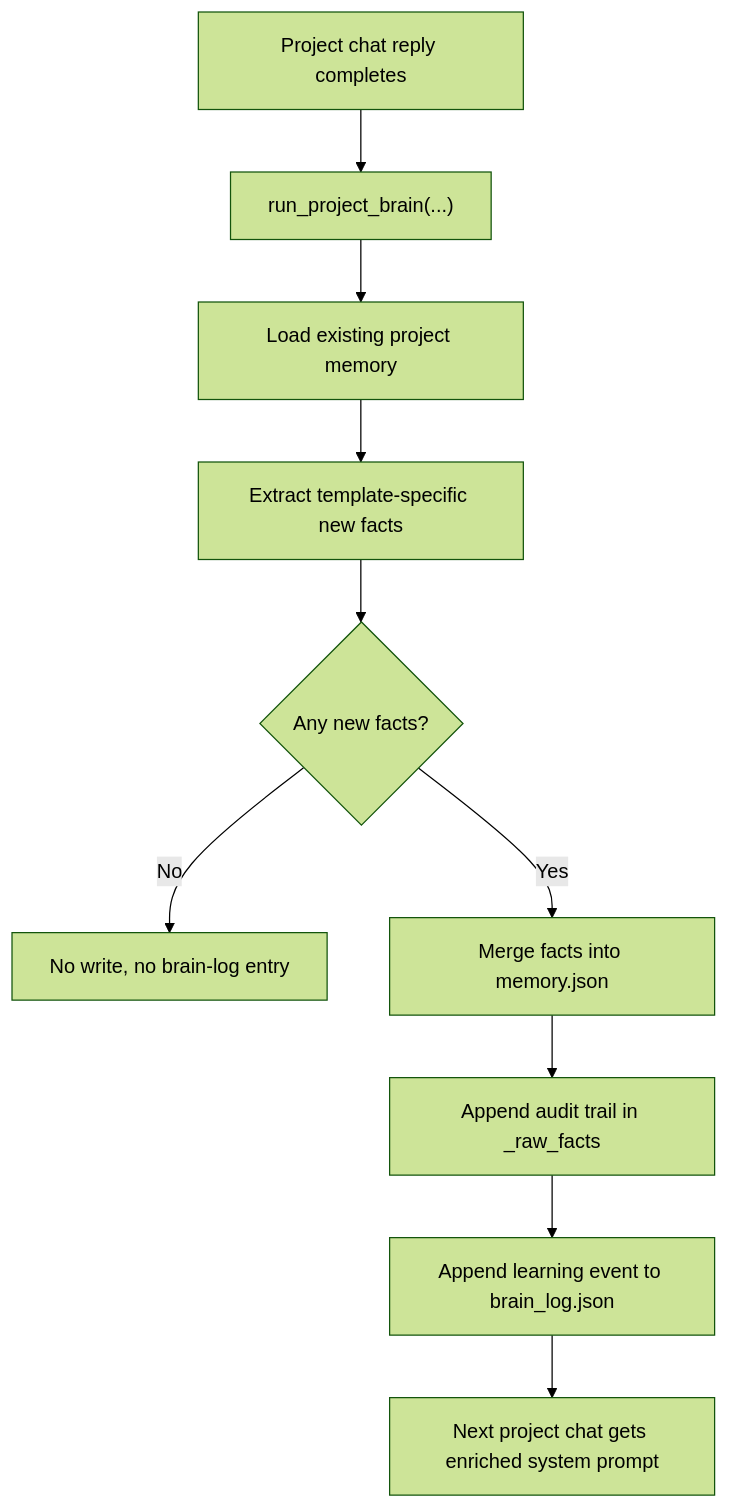
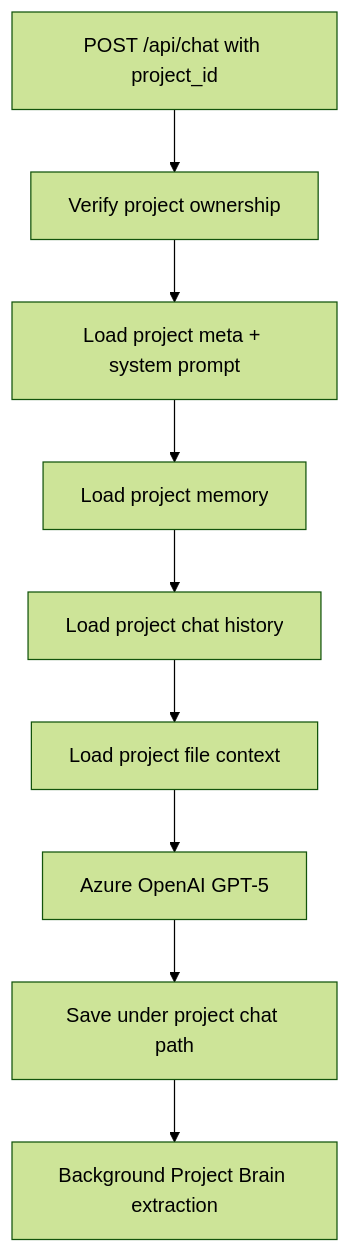
One commit to Hanan899/NeuralChat changed the second of 4 diagrams in NeuralChat/README.md. Above: the diagram before and after it, drawn with Mermaid (forest theme). The commit also changed other lines of this file and 13 other files, not shown here.

````diff
--- a/NeuralChat/README.md
+++ b/NeuralChat/README.md
@@ -271,12 +287,11 @@
 ```mermaid
 flowchart TD
-  A["Project chat reply completes"] --> B["run_project_brain(...)"]
-  B --> C["Load existing project memory"]
-  C --> D["Extract template-specific new facts"]
-  D --> E{"Any new facts?"}
-  E -- "No" --> F["No write, no brain-log entry"]
-  E -- "Yes" --> G["Merge facts into memory.json"]
-  G --> H["Append audit trail in _raw_facts"]
-  H --> I["Append learning event to brain_log.json"]
-  I --> J["Next project chat gets enriched system prompt"]
+  A["POST /api/chat with project_id"] --> B["Verify project ownership"]
+  B --> C["Load project meta + system prompt"]
+  C --> D["Load project memory"]
+  D --> E["Load project chat history"]
+  E --> F["Load project file context"]
+  F --> G["Azure OpenAI GPT-5"]
+  G --> H["Save under project chat path"]
+  H --> I["Background Project Brain extraction"]
 ```
````
